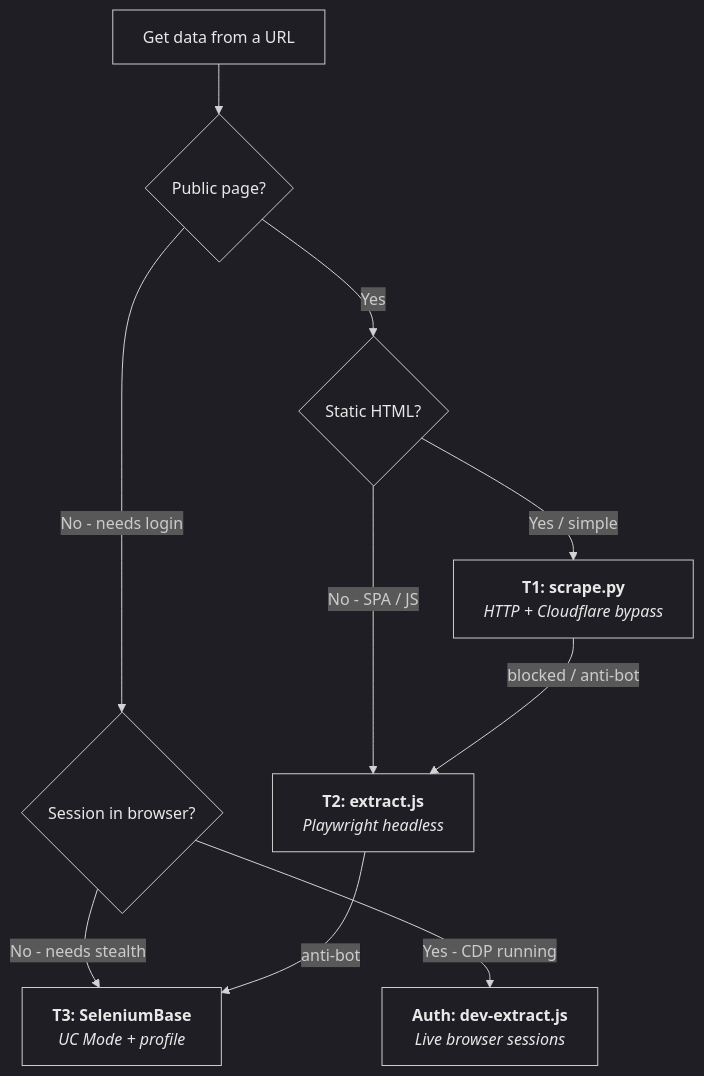
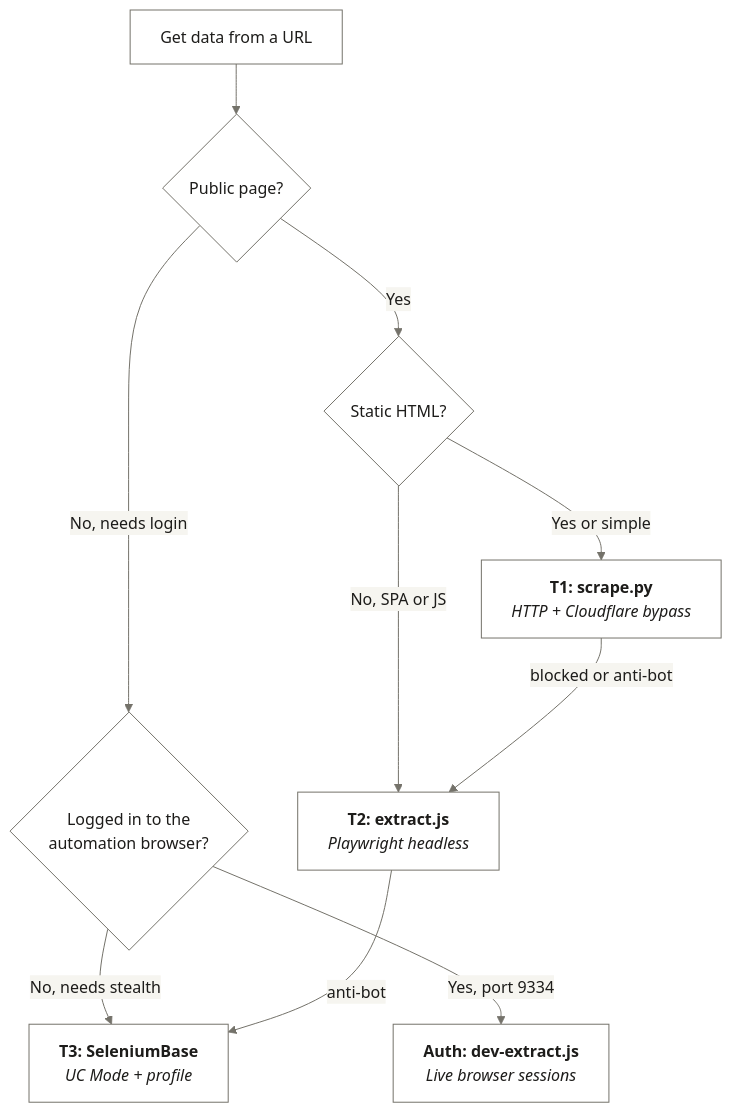
The third of 4 diagrams in README.md (sellersessions/extract-flow), drawn with Mermaid before and after one commit. The commit also changed other lines of this file and 14 other files, not shown here.

````diff
--- a/README.md
+++ b/README.md
@@ -143,27 +156,26 @@
 ```mermaid
-%%{init: {'theme': 'dark', 'themeVariables': {'nodeTextColor': '#e8e8e8', 'primaryTextColor': '#e8e8e8', 'secondaryTextColor': '#cccccc', 'tertiaryTextColor': '#cccccc', 'clusterBkg': 'transparent', 'clusterBorder': '#8b949e'}}}%%
-
+%%{init: {'theme': 'base', 'themeVariables': {'primaryColor': '#ffffff', 'primaryTextColor': '#1d1c1a', 'primaryBorderColor': '#74726a', 'lineColor': '#74726a', 'secondaryColor': '#f6f5f0', 'tertiaryColor': '#f6f5f0', 'clusterBkg': '#f6f5f0', 'clusterBorder': '#74726a'}}}%%
 flowchart TD
     START["Get data from a URL"] --> Q1{"Public page?"}
 
     Q1 -->|"Yes"| Q2{"Static HTML?"}
-    Q1 -->|"No - needs login"| Q3{"Session in browser?"}
+    Q1 -->|"No, needs login"| Q3{"Logged in to the<br/>automation browser?"}
 
-    Q2 -->|"Yes / simple"| T1["<b>T1: scrape.py</b><br/><i>HTTP + Cloudflare bypass</i>"]
-    Q2 -->|"No - SPA / JS"| T2["<b>T2: extract.js</b><br/><i>Playwright headless</i>"]
+    Q2 -->|"Yes or simple"| T1["<b>T1: scrape.py</b><br/><i>HTTP + Cloudflare bypass</i>"]
+    Q2 -->|"No, SPA or JS"| T2["<b>T2: extract.js</b><br/><i>Playwright headless</i>"]
 
-    Q3 -->|"Yes - CDP running"| AUTH["<b>Auth: dev-extract.js</b><br/><i>Live browser sessions</i>"]
-    Q3 -->|"No - needs stealth"| T3["<b>T3: SeleniumBase</b><br/><i>UC Mode + profile</i>"]
+    Q3 -->|"Yes, port 9334"| AUTH["<b>Auth: dev-extract.js</b><br/><i>Live browser sessions</i>"]
+    Q3 -->|"No, needs stealth"| T3["<b>T3: SeleniumBase</b><br/><i>UC Mode + profile</i>"]
 
-    T1 -->|"blocked / anti-bot"| T2
+    T1 -->|"blocked or anti-bot"| T2
     T2 -->|"anti-bot"| T3
 
-    style START fill:none,stroke-width:1px,color:#e8e8e8
-    style Q1 fill:none,stroke-width:1px,color:#e8e8e8
-    style Q2 fill:none,stroke-width:1px,color:#e8e8e8
-    style Q3 fill:none,stroke-width:1px,color:#e8e8e8
-    style T1 fill:none,stroke-width:1px,color:#e8e8e8
-    style T2 fill:none,stroke-width:1px,color:#e8e8e8
-    style AUTH fill:none,stroke-width:1px,color:#e8e8e8
-    style T3 fill:none,stroke-width:1px,color:#e8e8e8
+    style START fill:#ffffff,stroke:#74726a,stroke-width:1px,color:#1d1c1a
+    style Q1 fill:#ffffff,stroke:#74726a,stroke-width:1px,color:#1d1c1a
+    style Q2 fill:#ffffff,stroke:#74726a,stroke-width:1px,color:#1d1c1a
+    style Q3 fill:#ffffff,stroke:#74726a,stroke-width:1px,color:#1d1c1a
+    style T1 fill:#ffffff,stroke:#74726a,stroke-width:1px,color:#1d1c1a
+    style T2 fill:#ffffff,stroke:#74726a,stroke-width:1px,color:#1d1c1a
+    style AUTH fill:#ffffff,stroke:#74726a,stroke-width:1px,color:#1d1c1a
+    style T3 fill:#ffffff,stroke:#74726a,stroke-width:1px,color:#1d1c1a
 ```
````
